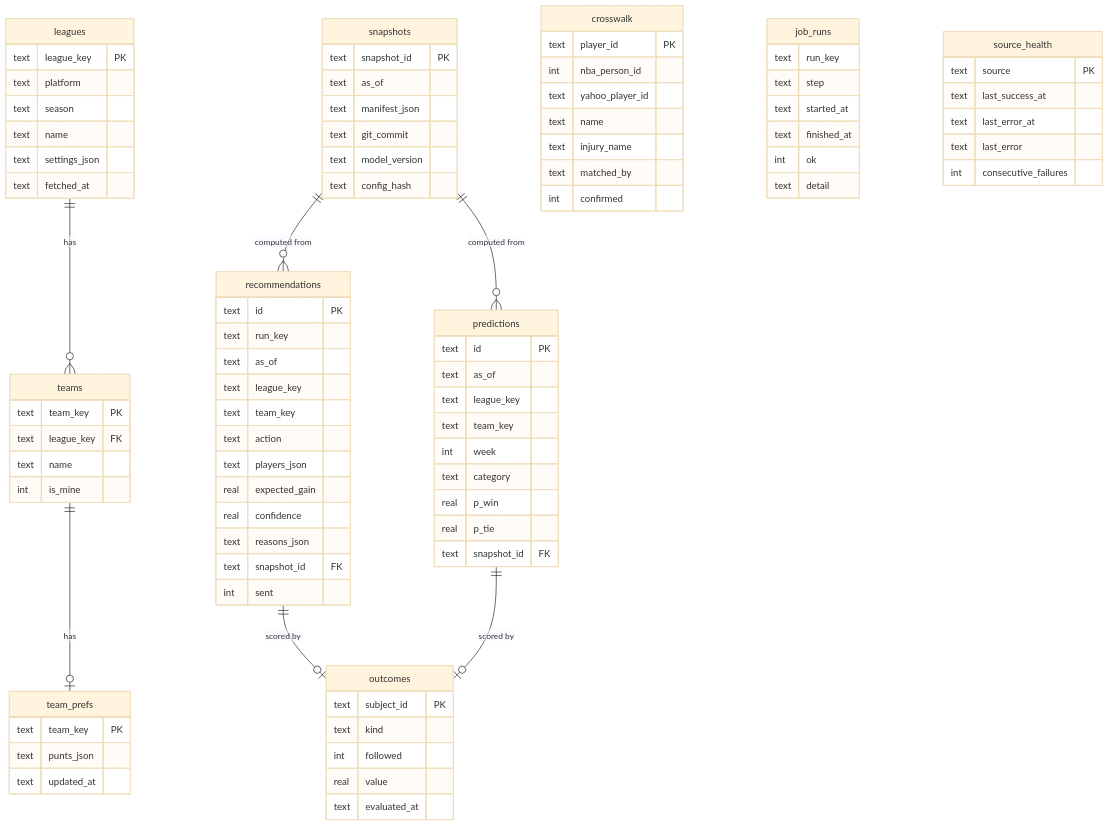
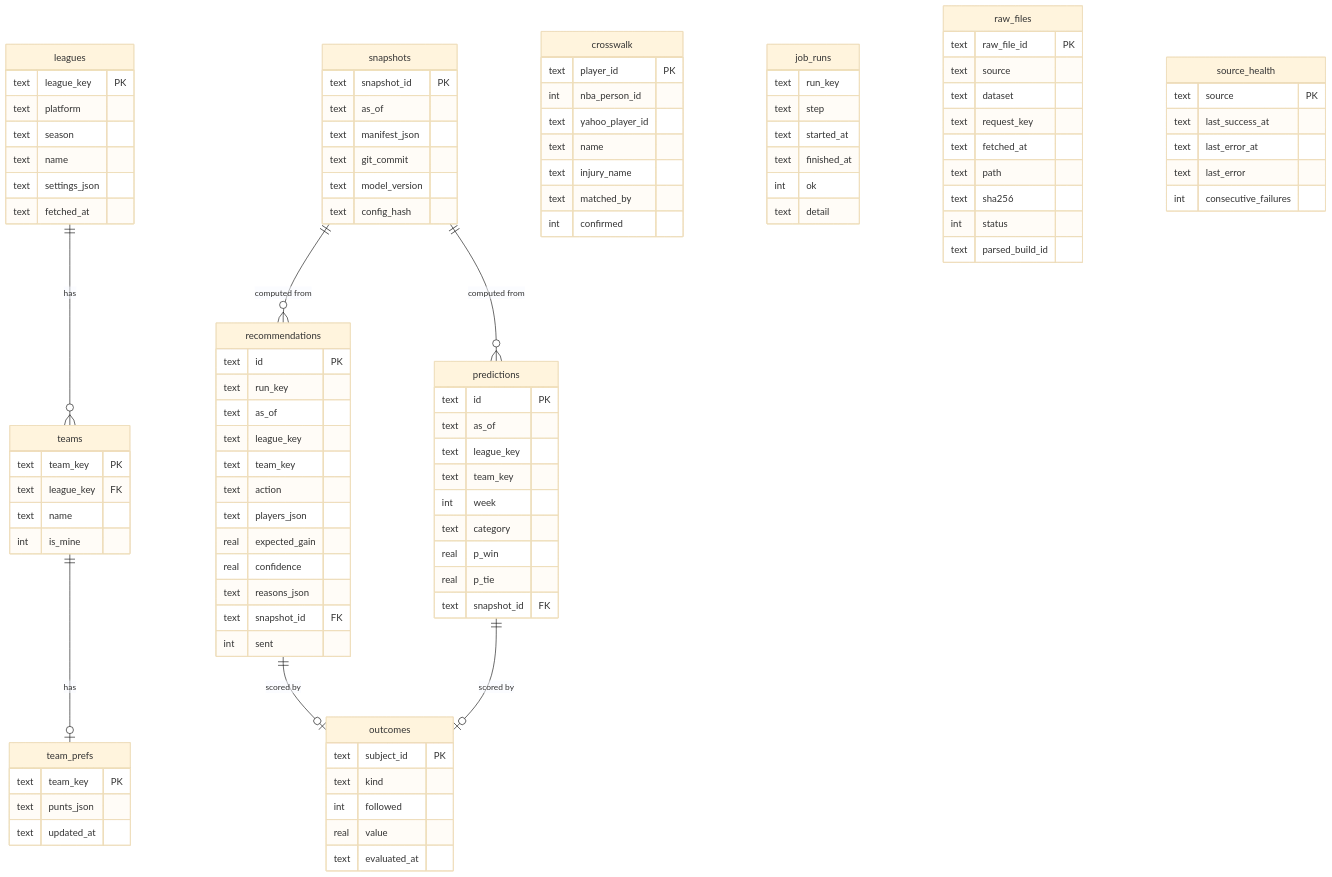
Before and after one commit to Thanasisvl/nba-fantasy-assistant: the third of 5 diagrams in docs/ARCHITECTURE.md, drawn with Mermaid (base theme). The commit also changed other lines of this file, not shown here.

Commit message:
Architecture: fetch/parse adapters, InjuryFeed, storage tiers, recorder flows

```diff
--- a/docs/ARCHITECTURE.md
+++ b/docs/ARCHITECTURE.md
@@ -343,6 +407,17 @@
         int ok
         text detail
     }
+    raw_files {
+        text raw_file_id PK
+        text source
+        text dataset
+        text request_key
+        text fetched_at
+        text path
+        text sha256
+        int status
+        text parsed_build_id
+    }
     source_health {
         text source PK
         text last_success_at
```
